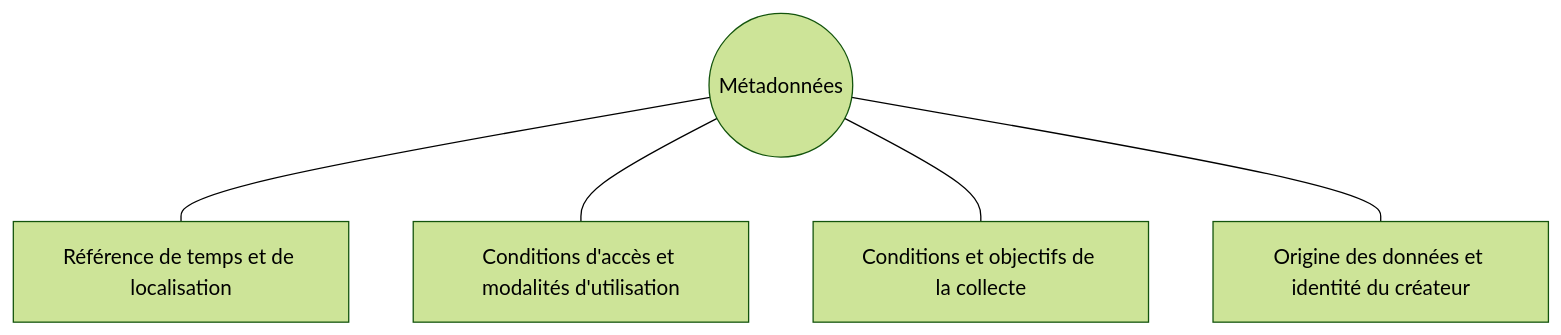
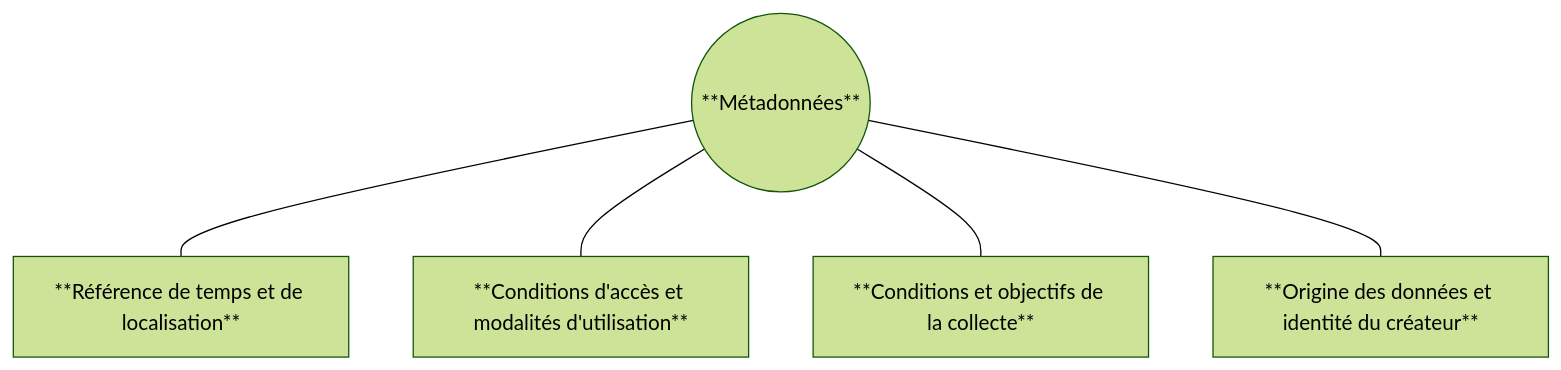
The diagram in docs/metadata.md (geomagus/cpgeom_doc), drawn with Mermaid (forest theme) before and after one commit. The commit also changed other lines of this file and 11 other files, not shown here.

````diff
--- a/docs/metadata.md
+++ b/docs/metadata.md
@@ -5,15 +5,15 @@
 ```mermaid
 graph TD
 
-    M((Métadonnées))
+    M((**Métadonnées**))
 
-    A[Référence de temps et de localisation]
-    B[Conditions d'accès et modalités d'utilisation]
-    C[Conditions et objectifs de la collecte]
-    D[Origine des données et identité du créateur]
+    A[**Référence de temps et de localisation**]
+    B[**Conditions d'accès et modalités d'utilisation**]
+    C[**Conditions et objectifs de la collecte**]
+    D[**Origine des données et identité du créateur**]
 
     M --- A
     M --- B
     M --- C
     M --- D
 ```
````
